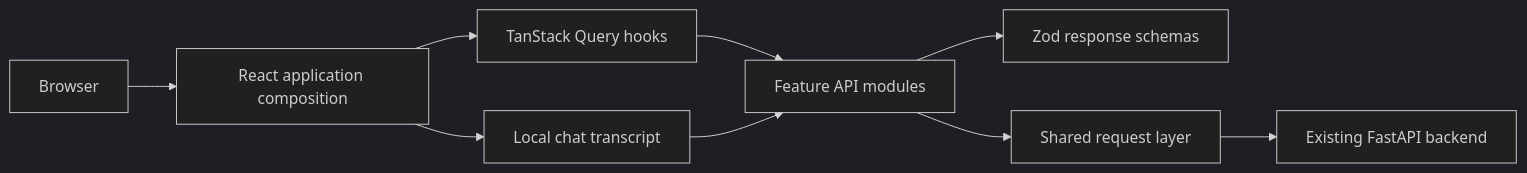
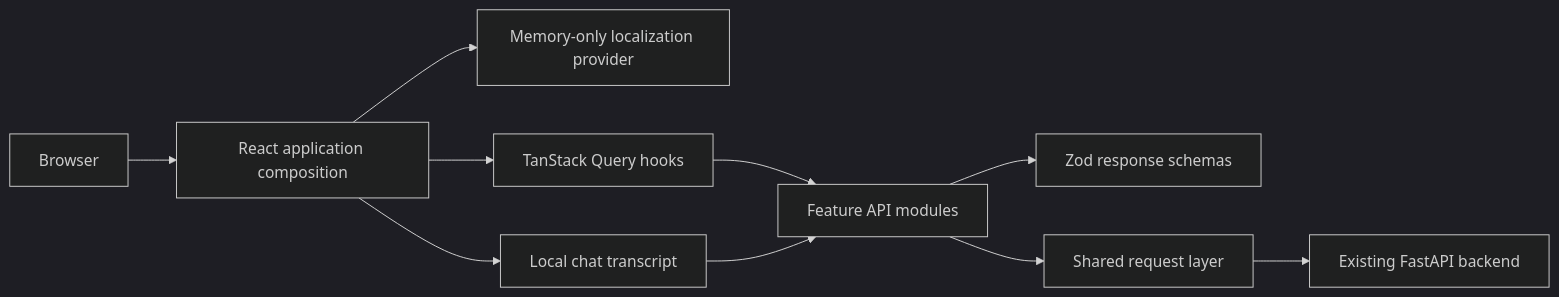
The first of 2 diagrams in README.md (etonealbert/doc-helper-ai-agent-web), drawn with Mermaid (dark theme) before and after one commit. The commit also changed other lines of this file and 43 other files, not shown here.

````diff
--- a/README.md
+++ b/README.md
@@ -44,11 +50,12 @@
 ```mermaid
 flowchart LR
     Browser[Browser] --> App[React application composition]
+    App --> Locale[Memory-only localization provider]
     App --> Query[TanStack Query hooks]
     App --> Chat[Local chat transcript]
     Query --> APIs[Feature API modules]
     Chat --> APIs
     APIs --> Zod[Zod response schemas]
     APIs --> Request[Shared request layer]
     Request --> Backend[Existing FastAPI backend]
 ```
````
